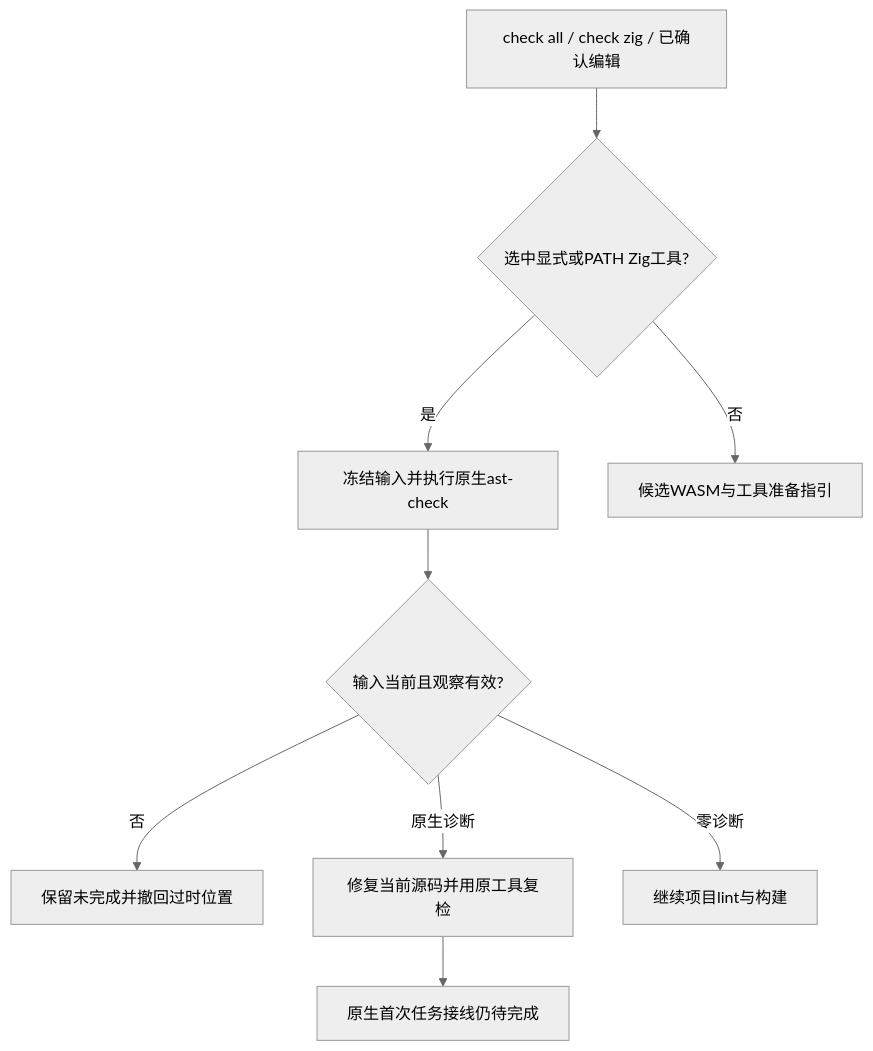
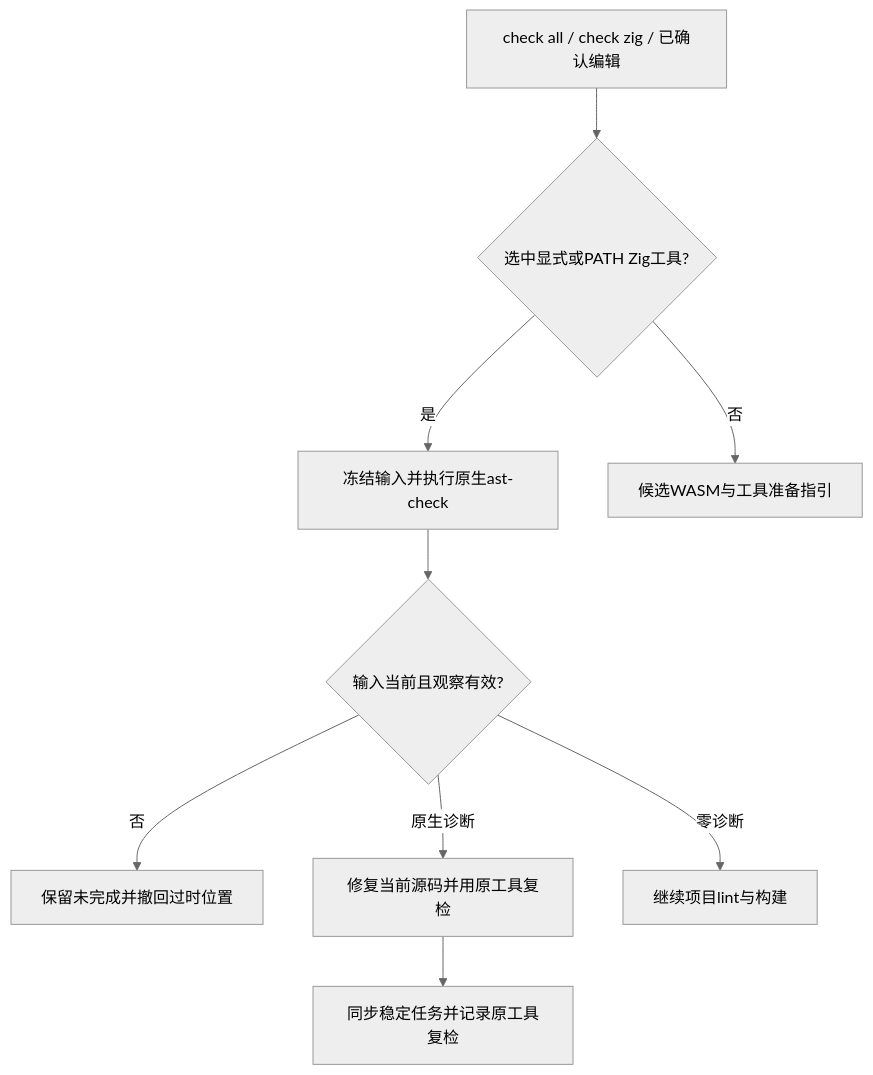
Before and after one commit to full-stack-plugins/codeguard: diagram 19 of 19 in docs/Codeguard-Architecture.zh_CN.md, drawn with Mermaid (neutral theme). The commit also changed other lines of this file and 36 other files, not shown here.

````diff
--- a/docs/Codeguard-Architecture.zh_CN.md
+++ b/docs/Codeguard-Architecture.zh_CN.md
@@ -823,11 +823,11 @@
 ```mermaid
 flowchart TD
     A[check all / check zig / 已确认编辑] --> B{选中显式或PATH Zig工具?}
     B -->|是| C[冻结输入并执行原生ast-check]
     B -->|否| D[候选WASM与工具准备指引]
     C --> E{输入当前且观察有效?}
     E -->|否| F[保留未完成并撤回过时位置]
     E -->|原生诊断| G[修复当前源码并用原工具复检]
     E -->|零诊断| H[继续项目lint与构建]
-    G --> I[原生首次任务接线仍待完成]
+    G --> I[同步稳定任务并记录原工具复检]
 ```
````
